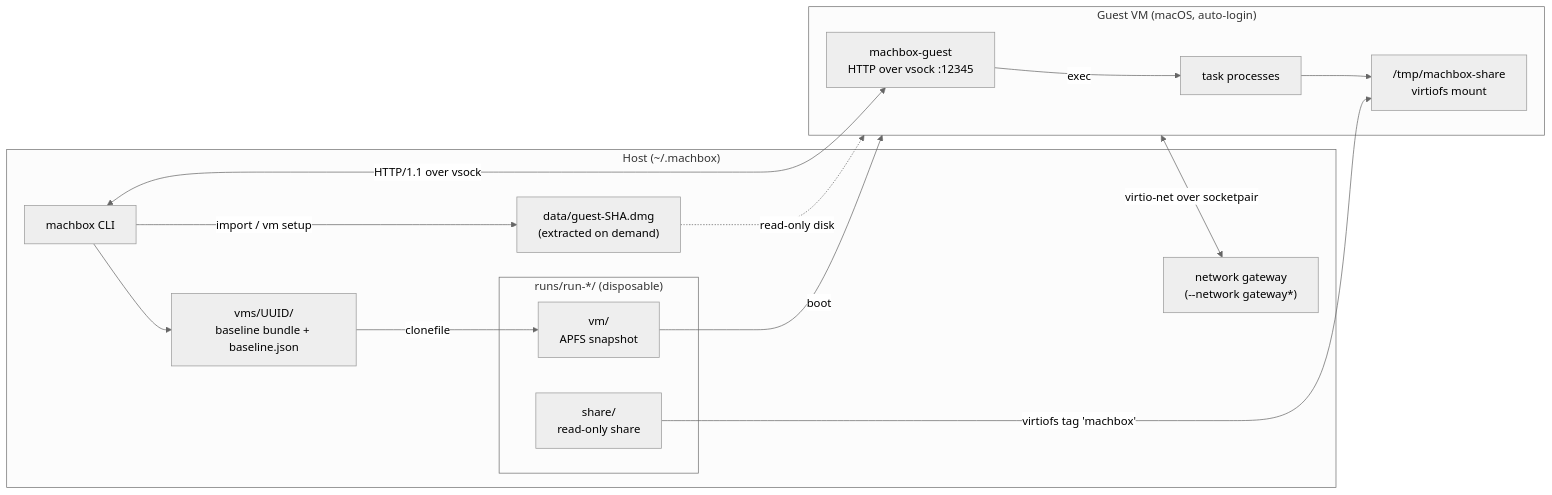
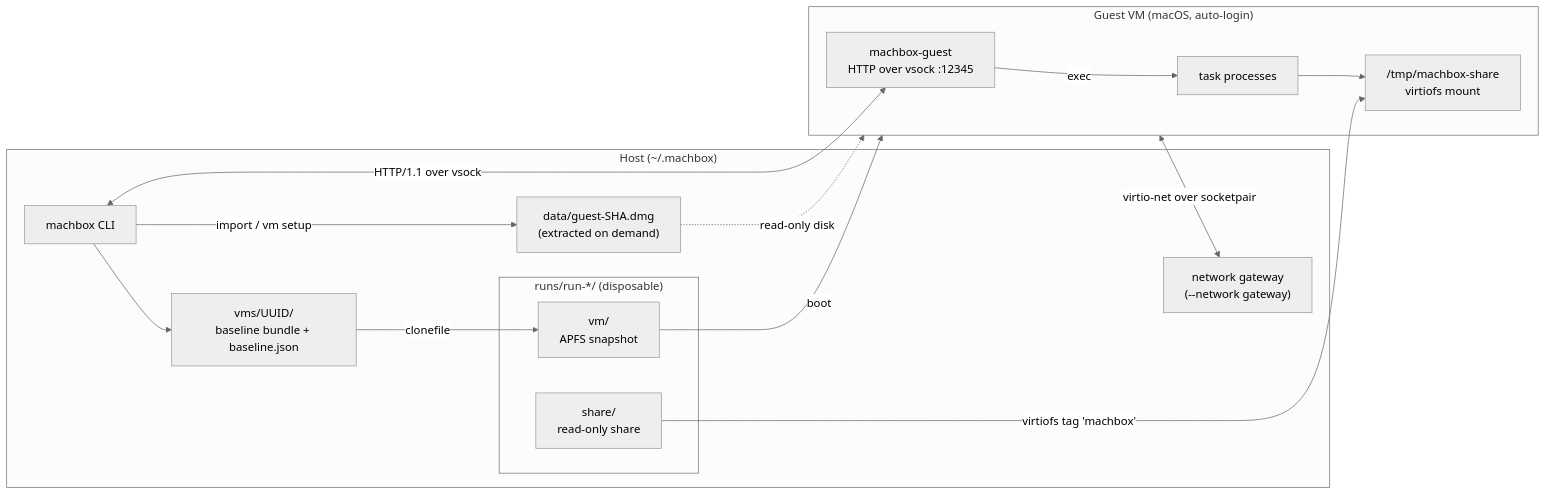
The diagram in docs/architecture.md (ac0d3r/machbox), drawn with Mermaid (neutral theme) before and after one commit. The commit also changed other lines of this file and 12 other files, not shown here.

First line of the commit message:
feat(network): split the gateway's egress policy from the network

````diff
--- a/docs/architecture.md
+++ b/docs/architecture.md
@@ -10,30 +10,30 @@
 ```mermaid
 flowchart LR
     subgraph Host["Host (~/.machbox)"]
         CLI["machbox CLI"]
         GuestDMG["data/guest-SHA.dmg<br>(extracted on demand)"]
         Baseline["vms/UUID/<br>baseline bundle + baseline.json"]
         subgraph Run["runs/run-*/ (disposable)"]
             Snap["vm/<br>APFS snapshot"]
             Share["share/<br>read-only share"]
         end
-        Gateway["network gateway<br>(--network gateway*)"]
+        Gateway["network gateway<br>(--network gateway)"]
     end
 
     subgraph Guest["Guest VM (macOS, auto-login)"]
         Agent["machbox-guest<br>HTTP over vsock :12345"]
         Proc["task processes"]
         Mount["/tmp/machbox-share<br>virtiofs mount"]
     end
 
     CLI --> Baseline
     CLI -->|import / vm setup| GuestDMG
     GuestDMG -.->|read-only disk| Guest
     Baseline -->|clonefile| Snap
     Snap -->|boot| Guest
     Share -->|virtiofs tag 'machbox'| Mount
     CLI <-->|HTTP/1.1 over vsock| Agent
     Guest <-->|virtio-net over socketpair| Gateway
     Agent -->|exec| Proc
     Proc --> Mount
 ```
````
